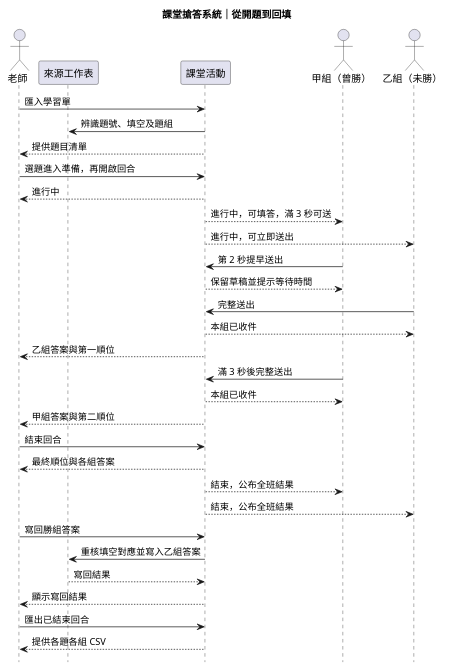
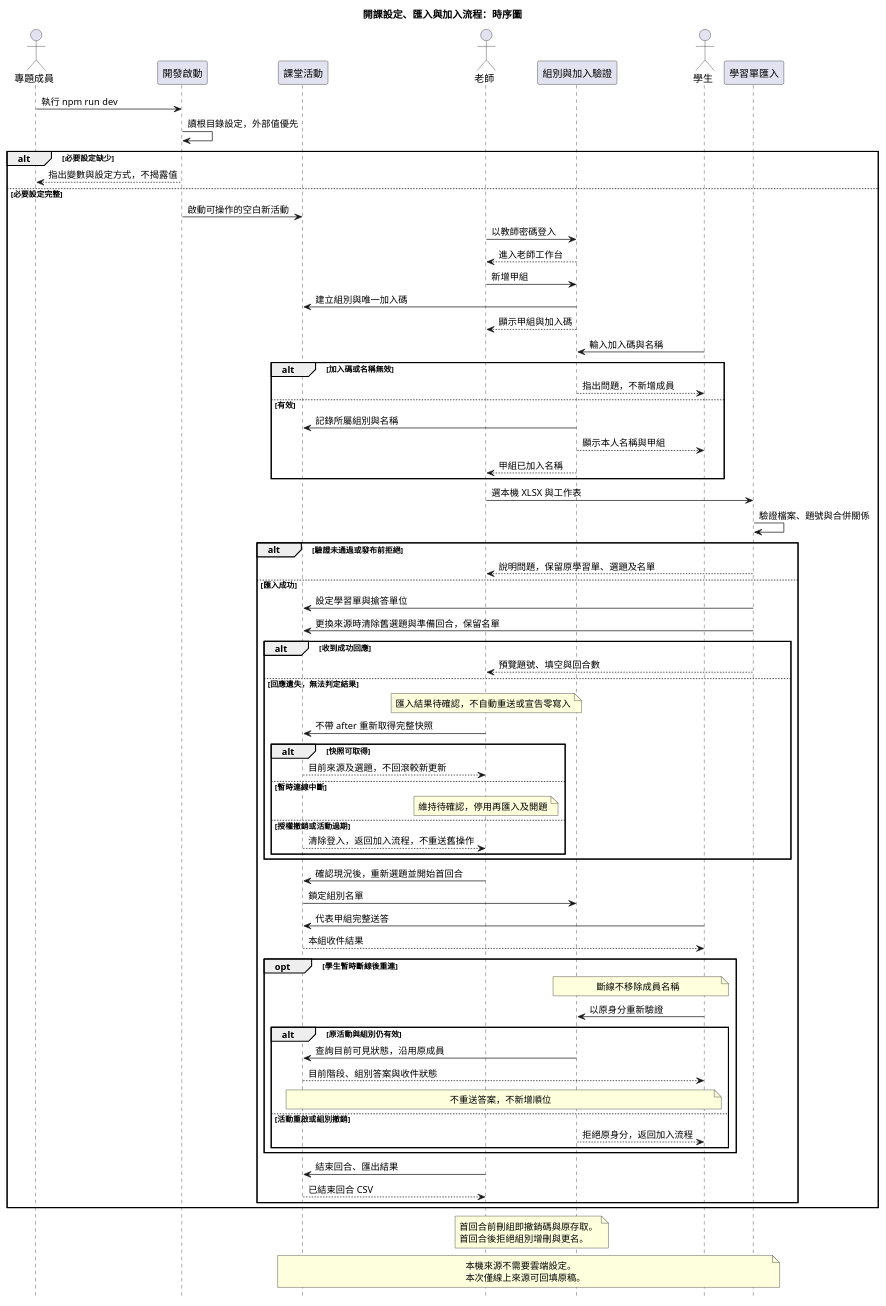
One commit to beacho821/speckit_final_project changed the diagram in diagrams/sequence.puml. Above: the diagram before and after it, drawn with PlantUML. The commit also changed 20 other files, not shown here.

```diff
--- a/diagrams/sequence.puml
+++ b/diagrams/sequence.puml
@@ -1,35 +1,78 @@
 @startuml
 skinparam defaultFontName PingFang TC
 hide footbox
-title 課堂搶答系統｜從開題到回填
-actor 老師
-participant 來源工作表 as sheet
-participant 課堂活動 as act
-actor "甲組（曾勝）" as a
-actor "乙組（未勝）" as b
-老師 -> act : 匯入學習單
-act -> sheet : 辨識題號、填空及題組
-act --> 老師 : 提供題目清單
-老師 -> act : 選題進入準備，再開啟回合
-act --> 老師 : 進行中
-act --> a : 進行中，可填答，滿 3 秒可送
-act --> b : 進行中，可立即送出
-a -> act : 第 2 秒提早送出
-act --> a : 保留草稿並提示等待時間
-b -> act : 完整送出
-act --> b : 本組已收件
-act --> 老師 : 乙組答案與第一順位
-a -> act : 滿 3 秒後完整送出
-act --> a : 本組已收件
-act --> 老師 : 甲組答案與第二順位
-老師 -> act : 結束回合
-act --> 老師 : 最終順位與各組答案
-act --> a : 結束，公布全班結果
-act --> b : 結束，公布全班結果
-老師 -> act : 寫回勝組答案
-act -> sheet : 重核填空對應並寫入乙組答案
-sheet --> act : 寫回結果
-act --> 老師 : 顯示寫回結果
-老師 -> act : 匯出已結束回合
-act --> 老師 : 提供各題各組 CSV
+title 開課設定、匯入與加入流程：時序圖
+actor 專題成員 as developer
+participant 開發啟動 as startup
+participant 課堂活動 as activity
+actor 老師 as teacher
+participant "組別與加入驗證" as join
+actor 學生 as student
+participant "學習單匯入" as importer
+developer -> startup : 執行 npm run dev
+startup -> startup : 讀根目錄設定，外部值優先
+alt 必要設定缺少
+  startup --> developer : 指出變數與設定方式，不揭露值
+else 必要設定完整
+  startup -> activity : 啟動可操作的空白新活動
+  teacher -> join : 以教師密碼登入
+  join --> teacher : 進入老師工作台
+  teacher -> join : 新增甲組
+  join -> activity : 建立組別與唯一加入碼
+  join --> teacher : 顯示甲組與加入碼
+  student -> join : 輸入加入碼與名稱
+  alt 加入碼或名稱無效
+    join --> student : 指出問題，不新增成員
+  else 有效
+    join -> activity : 記錄所屬組別與名稱
+    join --> student : 顯示本人名稱與甲組
+    join --> teacher : 甲組已加入名稱
+  end
+  teacher -> importer : 選本機 XLSX 與工作表
+  importer -> importer : 驗證檔案、題號與合併關係
+  alt 驗證未通過或發布前拒絕
+    importer --> teacher : 說明問題，保留原學習單、選題及名單
+  else 匯入成功
+    importer -> activity : 設定學習單與搶答單位
+    importer -> activity : 更換來源時清除舊選題與準備回合，保留名單
+    alt 收到成功回應
+      importer --> teacher : 預覽題號、填空與回合數
+    else 回應遺失，無法判定結果
+      note over teacher : 匯入結果待確認，不自動重送或宣告零寫入
+      teacher -> activity : 不帶 after 重新取得完整快照
+      alt 快照可取得
+        activity --> teacher : 目前來源及選題，不回滾較新更新
+      else 暫時連線中斷
+        note over teacher : 維持待確認，停用再匯入及開題
+      else 授權撤銷或活動過期
+        activity --> teacher : 清除登入，返回加入流程，不重送舊操作
+      end
+    end
+    teacher -> activity : 確認現況後，重新選題並開始首回合
+    activity -> join : 鎖定組別名單
+    student -> activity : 代表甲組完整送答
+    activity --> student : 本組收件結果
+    opt 學生暫時斷線後重連
+      note over join, student : 斷線不移除成員名稱
+      student -> join : 以原身分重新驗證
+      alt 原活動與組別仍有效
+        join -> activity : 查詢目前可見狀態，沿用原成員
+        activity --> student : 目前階段、組別答案與收件狀態
+        note over activity, student : 不重送答案，不新增順位
+      else 活動重啟或組別撤銷
+        join --> student : 拒絕原身分，返回加入流程
+      end
+    end
+    teacher -> activity : 結束回合、匯出結果
+    activity --> teacher : 已結束回合 CSV
+  end
+end
+note over teacher, join
+首回合前刪組即撤銷碼與原存取。
+首回合後拒絕組別增刪與更名。
+end note
+note over importer, activity
+本機來源不需要雲端設定。
+本次僅線上來源可回填原稿。
+end note
 @enduml
```
